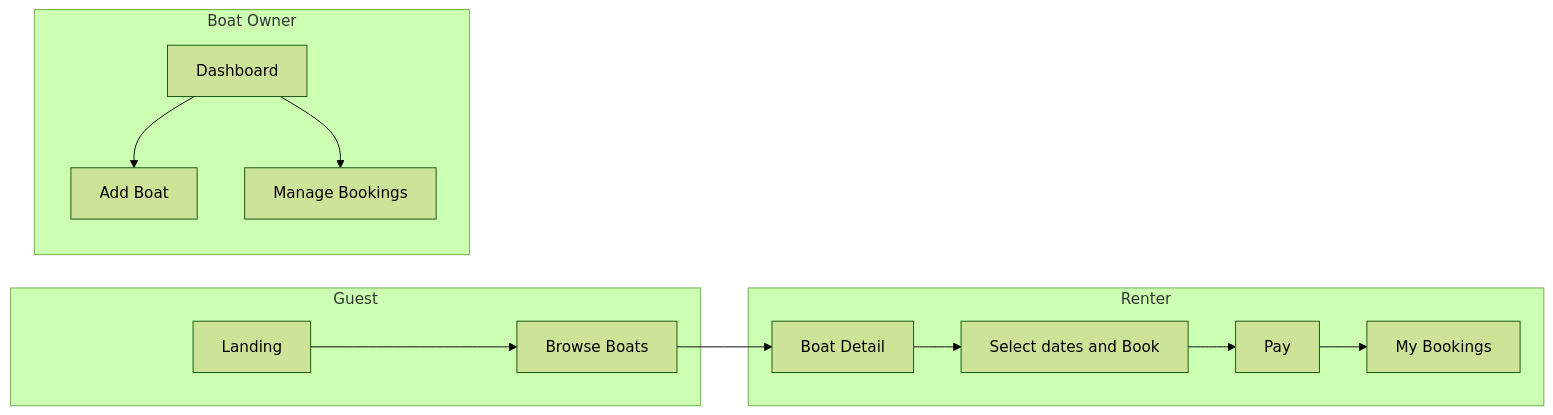
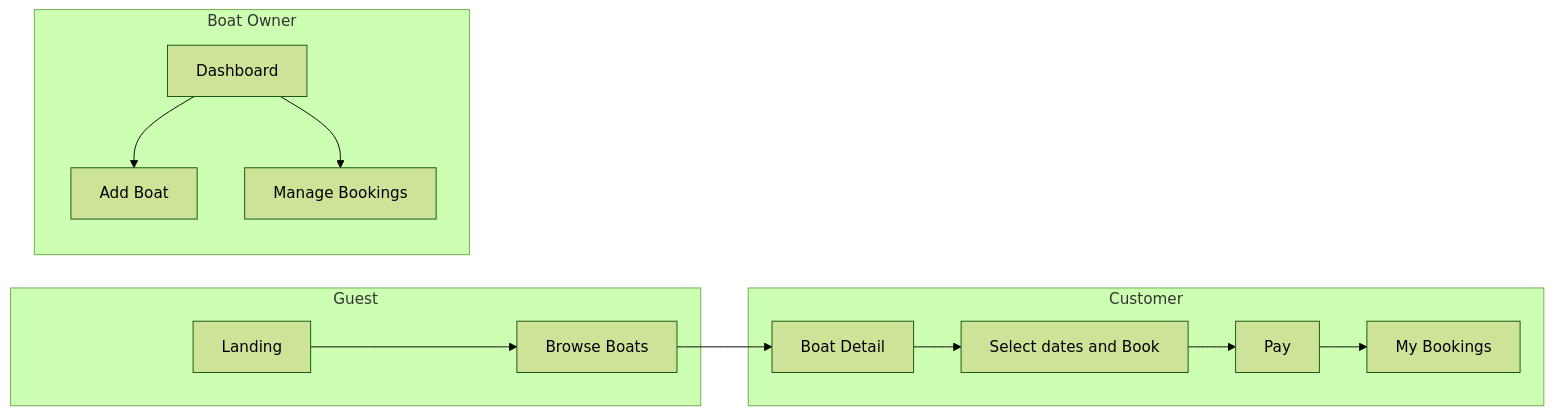
The diagram in .cursor/plans/jumpinboat_mvp_spec_cee9381c.plan.md (sahataba/jumpinboat), drawn with Mermaid (forest theme) before and after one commit. The commit also changed other lines of this file and 1 other file, not shown here.

````diff
--- a/.cursor/plans/jumpinboat_mvp_spec_cee9381c.plan.md
+++ b/.cursor/plans/jumpinboat_mvp_spec_cee9381c.plan.md
@@ -200,23 +217,23 @@
 ```mermaid
 flowchart LR
   subgraph guest [Guest]
     L[Landing]
     B[Browse Boats]
   end
-  subgraph renter [Renter]
+  subgraph renter [Customer]
     D[Boat Detail]
     Book[Select dates and Book]
     Pay[Pay]
     MB[My Bookings]
   end
   subgraph owner [Boat Owner]
     Add[Add Boat]
     Dash[Dashboard]
     Manage[Manage Bookings]
   end
   L --> B
   B --> D
   D --> Book --> Pay --> MB
   Dash --> Add
   Dash --> Manage
 ```
````
